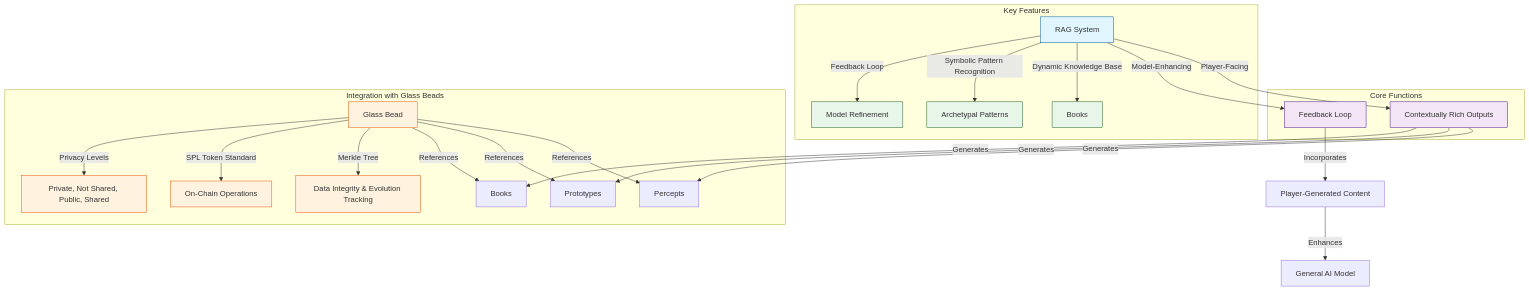
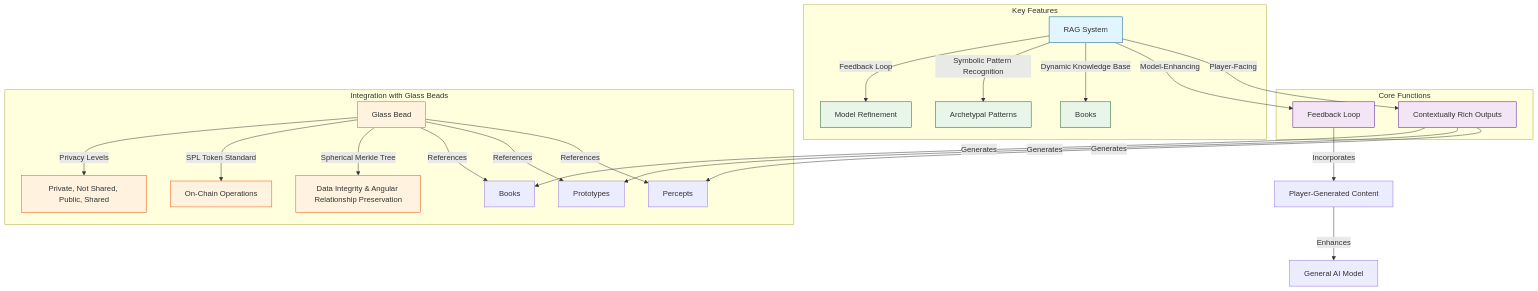
Before and after one commit to heavyblotto/memorativa: the diagram in docs/2. the cybernetic system/memorativa-2-7-rag-system.md, drawn with Mermaid. The commit also changed other lines of this file and 71 other files, not shown here.

````diff
--- a/docs/2. the cybernetic system/memorativa-2-7-rag-system.md
+++ b/docs/2. the cybernetic system/memorativa-2-7-rag-system.md
@@ -22,40 +163,40 @@
 ```mermaid
 graph TD
     RAG[RAG System] --> |Player-Facing| PF[Contextually Rich Outputs]
     RAG --> |Model-Enhancing| ME[Feedback Loop]
     PF --> |Generates| P[Percepts]
     PF --> |Generates| PR[Prototypes]
     PF --> |Generates| B[Books]
     ME --> |Incorporates| PGC[Player-Generated Content]
     PGC --> |Enhances| GAM[General AI Model]
 
     subgraph "Core Functions"
         PF
         ME
     end
 
     subgraph "Key Features"
         RAG --> |Dynamic Knowledge Base| DKB[Books]
         RAG --> |Symbolic Pattern Recognition| SPR[Archetypal Patterns]
         RAG --> |Feedback Loop| FL[Model Refinement]
     end
 
     subgraph "Integration with Glass Beads"
         GB[Glass Bead] --> |References| P
         GB --> |References| PR
         GB --> |References| B
-        GB --> |Merkle Tree| MT[Data Integrity & Evolution Tracking]
+        GB --> |Spherical Merkle Tree| MT[Data Integrity & Angular Relationship Preservation]
         GB --> |SPL Token Standard| SPL[On-Chain Operations]
         GB --> |Privacy Levels| PL[Private, Not Shared, Public, Shared]
     end
 
     classDef rag fill:#e1f5fe,stroke:#01579b
     classDef function fill:#f3e5f5,stroke:#4a148c
     classDef feature fill:#e8f5e9,stroke:#1b5e20
     classDef integration fill:#fff3e0,stroke:#e65100
 
     class RAG rag
     class PF,ME function
     class DKB,SPR,FL feature
     class GB,MT,SPL,PL integration
 ```
````
